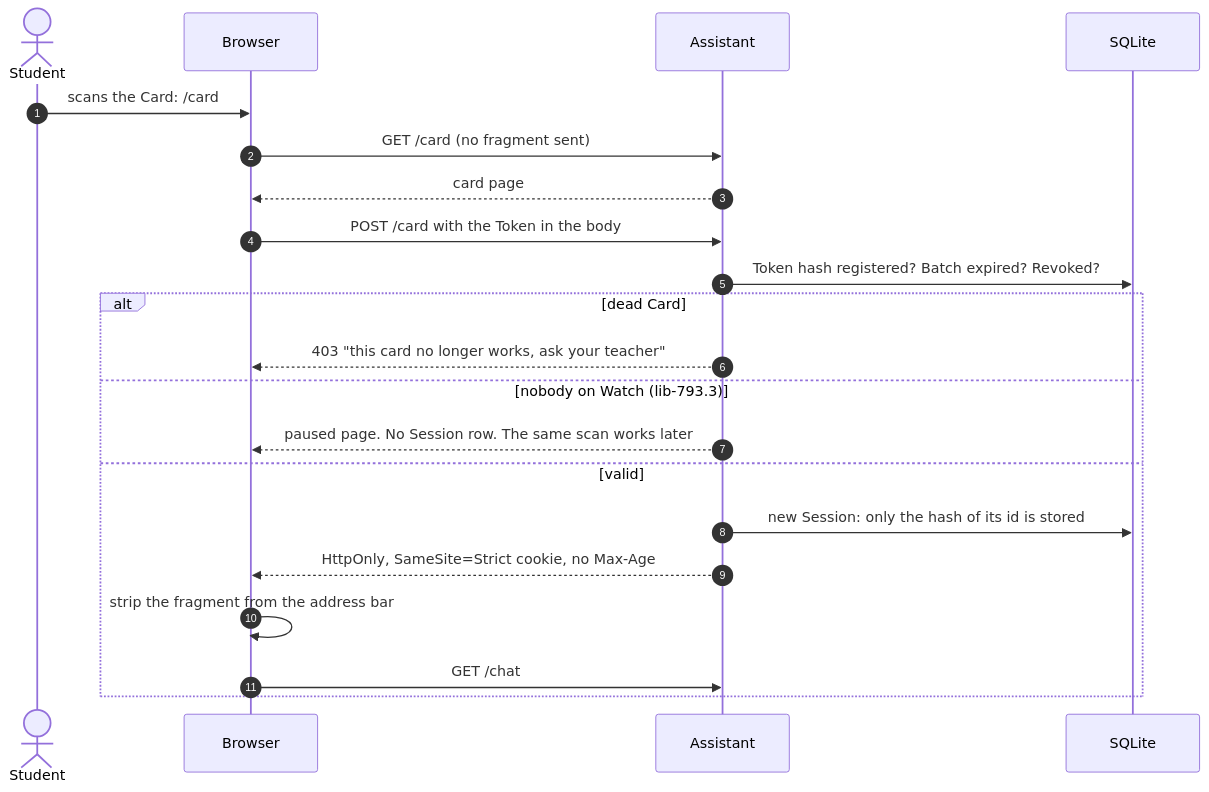
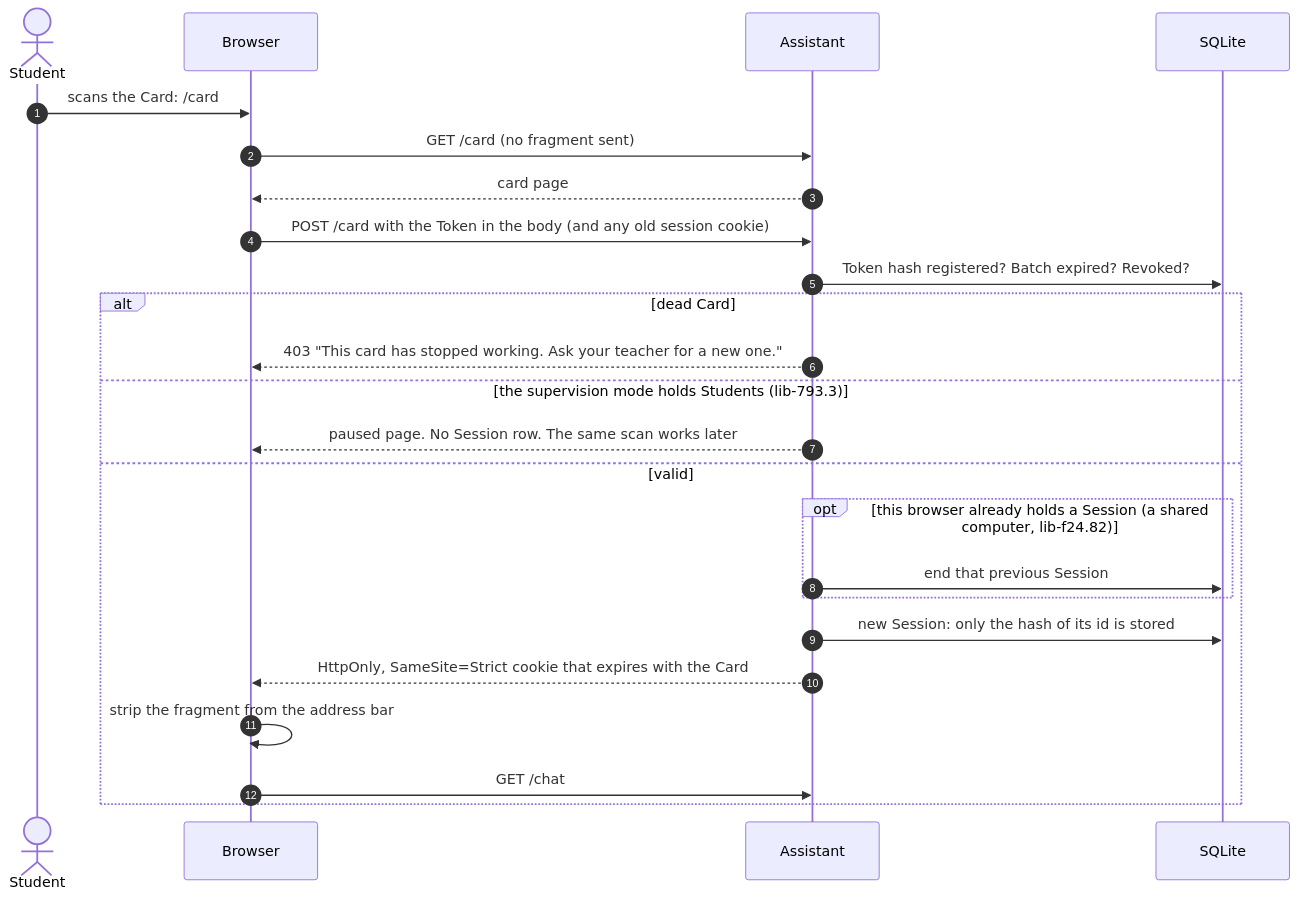
The second of 3 diagrams in docs/design/session-lifecycle.md (imkarrer/library-ai-lab), drawn with Mermaid before and after one commit. The commit also changed other lines of this file and 7 other files, not shown here.

First line of the commit message:
Supervision mode, research answers, and shared-device Sessions in the docs

````diff
--- a/docs/design/session-lifecycle.md
+++ b/docs/design/session-lifecycle.md
@@ -46,24 +50,27 @@
 ```mermaid
 sequenceDiagram
     autonumber
     actor S as Student
     participant B as Browser
     participant A as Assistant
     participant DB as SQLite
 
     S->>B: scans the Card: /card#t=TOKEN
     B->>A: GET /card (no fragment sent)
     A-->>B: card page
-    B->>A: POST /card with the Token in the body
+    B->>A: POST /card with the Token in the body (and any old session cookie)
     A->>DB: Token hash registered? Batch expired? Revoked?
     alt dead Card
-        A-->>B: 403 "this card no longer works, ask your teacher"
-    else nobody on Watch (lib-793.3)
+        A-->>B: 403 "This card has stopped working. Ask your teacher for a new one."
+    else the supervision mode holds Students (lib-793.3)
         A-->>B: paused page. No Session row. The same scan works later
     else valid
+        opt this browser already holds a Session (a shared computer, lib-f24.82)
+            A->>DB: end that previous Session
+        end
         A->>DB: new Session: only the hash of its id is stored
-        A-->>B: HttpOnly, SameSite=Strict cookie, no Max-Age
+        A-->>B: HttpOnly, SameSite=Strict cookie that expires with the Card
         B->>B: strip the fragment from the address bar
         B->>A: GET /chat
     end
 ```
````
